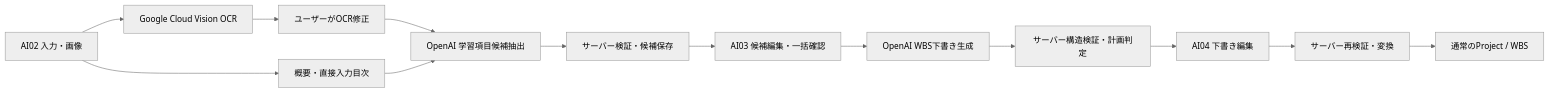
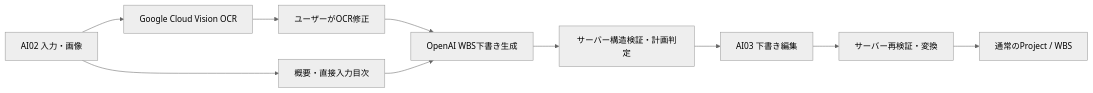
Before and after one commit to ichime-develop/study-pm: the diagram in docs/detailed-design/ai-plan-generation.md, drawn with Mermaid (neutral theme). The commit also changed other lines of this file and 25 other files, not shown here.

````diff
--- a/docs/detailed-design/ai-plan-generation.md
+++ b/docs/detailed-design/ai-plan-generation.md
@@ -15,15 +15,12 @@
 ```mermaid
 flowchart LR
     A["AI02 入力・画像"] --> B["Google Cloud Vision OCR"]
     B --> C["ユーザーがOCR修正"]
     A --> D["概要・直接入力目次"]
-    C --> E["OpenAI 学習項目候補抽出"]
-    D --> E
-    E --> F["サーバー検証・候補保存"]
-    F --> G["AI03 候補編集・一括確認"]
-    G --> H["OpenAI WBS下書き生成"]
+    C --> H["OpenAI WBS下書き生成"]
+    D --> H
     H --> I["サーバー構造検証・計画判定"]
-    I --> J["AI04 下書き編集"]
+    I --> J["AI03 下書き編集"]
     J --> K["サーバー再検証・変換"]
     K --> L["通常のProject / WBS"]
 ```
````
